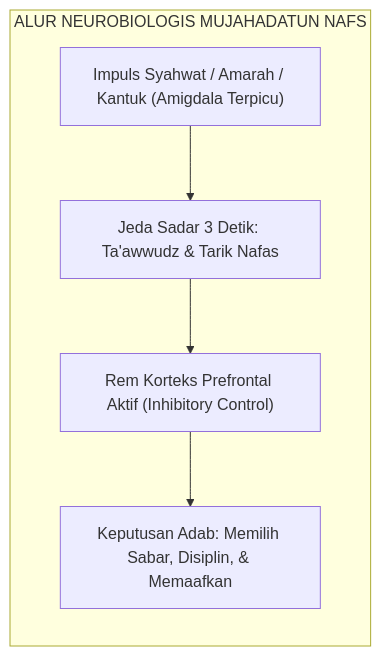
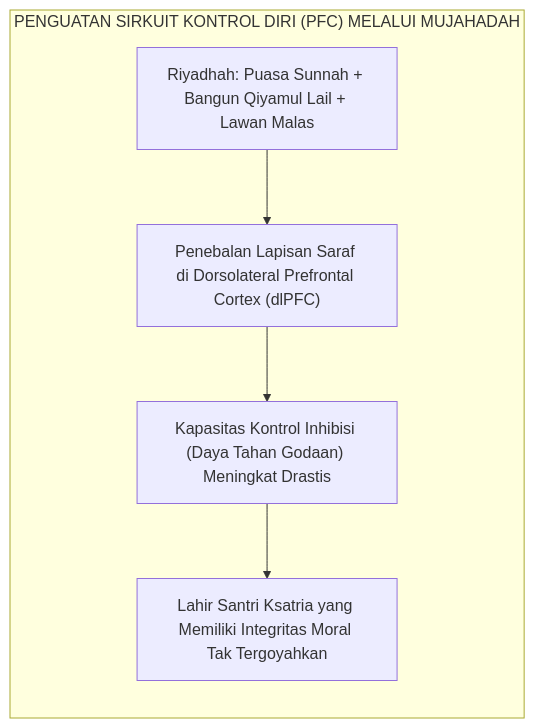
One commit to wandiapriliyandi/tumbuh changed the second of 2 diagrams in BOOK-SERIES/Volume-02/Bab-02-Profil-10-Muwashafat-Karakter-Santri/07-Mujahidun-Linafsihi.md. Above: the diagram before and after it, drawn with Mermaid. The commit also changed other lines of this file and 18 other files, not shown here.

````diff
--- a/BOOK-SERIES/Volume-02/Bab-02-Profil-10-Muwashafat-Karakter-Santri/07-Mujahidun-Linafsihi.md
+++ b/BOOK-SERIES/Volume-02/Bab-02-Profil-10-Muwashafat-Karakter-Santri/07-Mujahidun-Linafsihi.md
@@ -19,8 +74,8 @@
 ```mermaid
 graph LR
-    subgraph AlurMujahadah["ALUR NEUROBIOLOGIS MUJAHADATUN NAFS"]
-        Impuls["Impuls Syahwat / Amarah / Kantuk (Amigdala Terpicu)"] --> Jeda["Jeda Sadar 3 Detik: Ta'awwudz & Tarik Nafas"]
-        Jeda --> PFC["Rem Korteks Prefrontal Aktif (Inhibitory Control)"]
-        PFC --> Keputusan["Keputusan Adab: Memilih Sabar, Disiplin, & Memaafkan"]
+    subgraph MekanismeSelfControl["PENGUATAN SIRKUIT KONTROL DIRI (PFC) MELALUI MUJAHADAH"]
+        LatihanRiyadhah["Riyadhah: Puasa Sunnah + Bangun Qiyamul Lail + Lawan Malas"] --> TebalPFC["Penebalan Lapisan Saraf di Dorsolateral Prefrontal Cortex (dlPFC)"]
+        TebalPFC --> KuatInhibisi["Kapasitas Kontrol Inhibisi (Daya Tahan Godaan) Meningkat Drastis"]
+        KuatInhibisi --> SantriKsatria["Lahir Santri Ksatria yang Memiliki Integritas Moral Tak Tergoyahkan"]
     end
 ```
````
